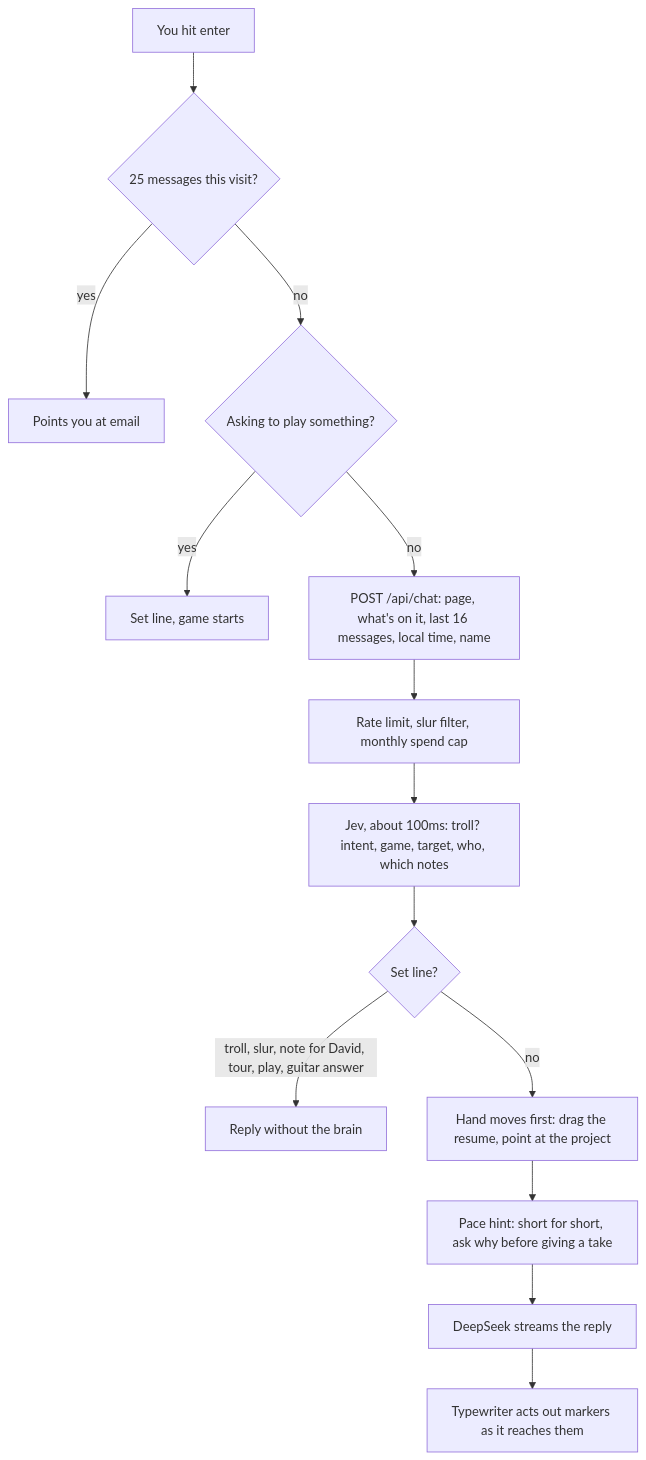
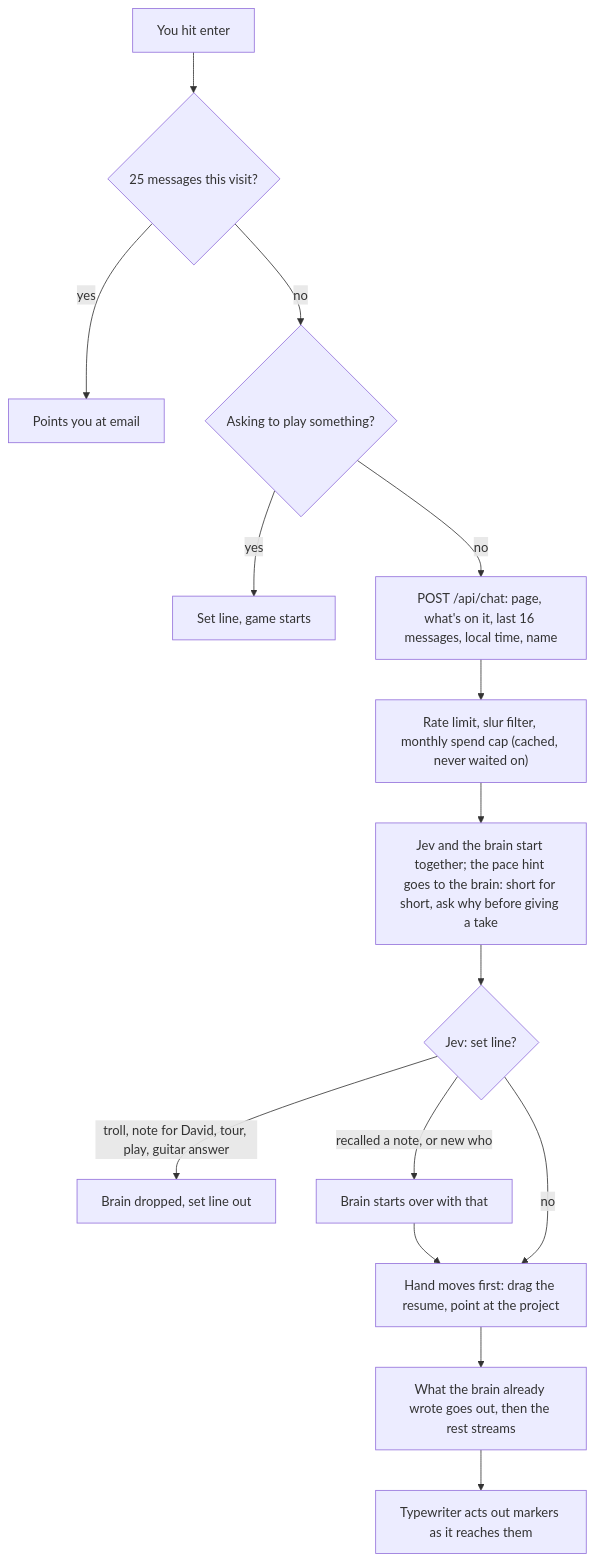
Before and after one commit to dahan8473/dahan8473.github.io: the fourth of 4 diagrams in README.md, drawn with Mermaid. The commit also changed other lines of this file and 64 other files, not shown here.

````diff
--- a/README.md
+++ b/README.md
@@ -143,16 +149,16 @@
 ```mermaid
 flowchart TD
   U[You hit enter] --> L1{25 messages this visit?}
   L1 -- yes --> E[Points you at email]
   L1 -- no --> L2{Asking to play something?}
   L2 -- yes --> PL[Set line, game starts]
   L2 -- no --> API["POST /api/chat: page, what's on it, last 16 messages, local time, name"]
-  API --> CK["Rate limit, slur filter, monthly spend cap"]
-  CK --> J["Jev, about 100ms: troll? intent, game, target, who, which notes"]
-  J --> SET{Set line?}
-  SET -- "troll, slur, note for David, tour, play, guitar answer" --> OUT[Reply without the brain]
+  API --> CK["Rate limit, slur filter, monthly spend cap (cached, never waited on)"]
+  CK --> BOTH["Jev and the brain start together; the pace hint goes to the brain: short for short, ask why before giving a take"]
+  BOTH --> SET{"Jev: set line?"}
+  SET -- "troll, note for David, tour, play, guitar answer" --> OUT[Brain dropped, set line out]
+  SET -- "recalled a note, or new who" --> REDO[Brain starts over with that] --> HAND
   SET -- no --> HAND["Hand moves first: drag the resume, point at the project"]
-  HAND --> PACE["Pace hint: short for short, ask why before giving a take"]
-  PACE --> BR[DeepSeek streams the reply]
+  HAND --> BR[What the brain already wrote goes out, then the rest streams]
   BR --> TW[Typewriter acts out markers as it reaches them]
 ```
````
